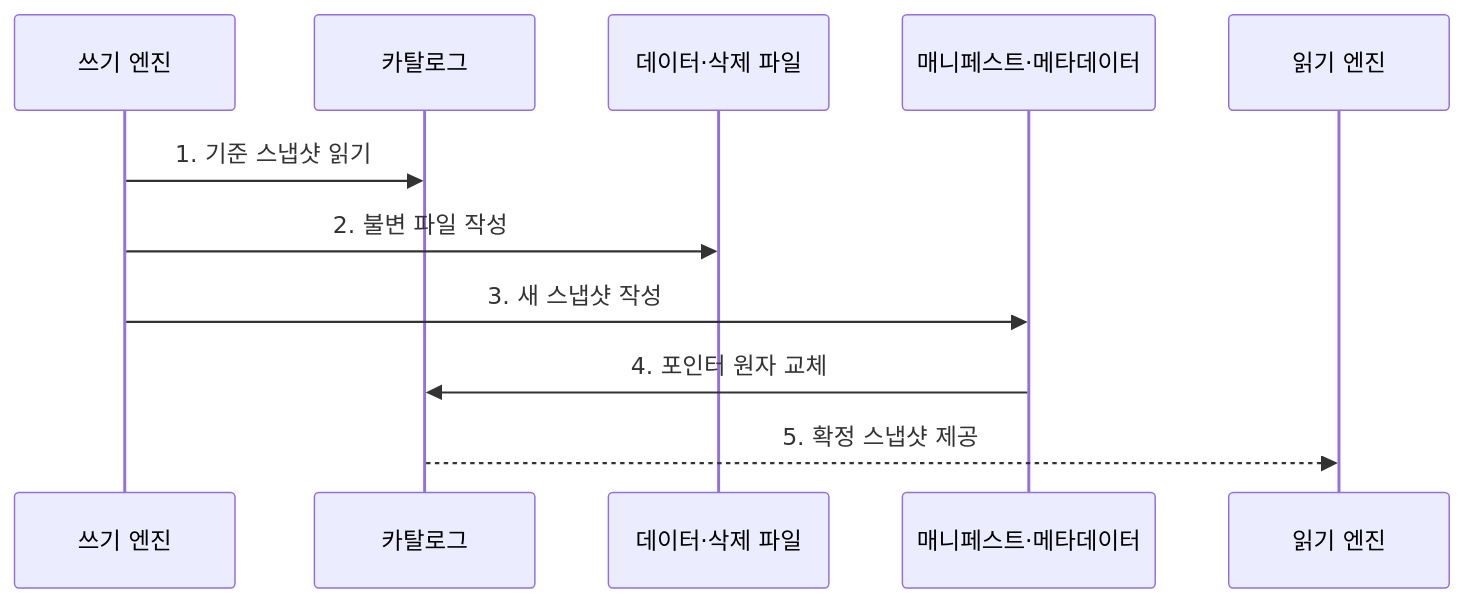
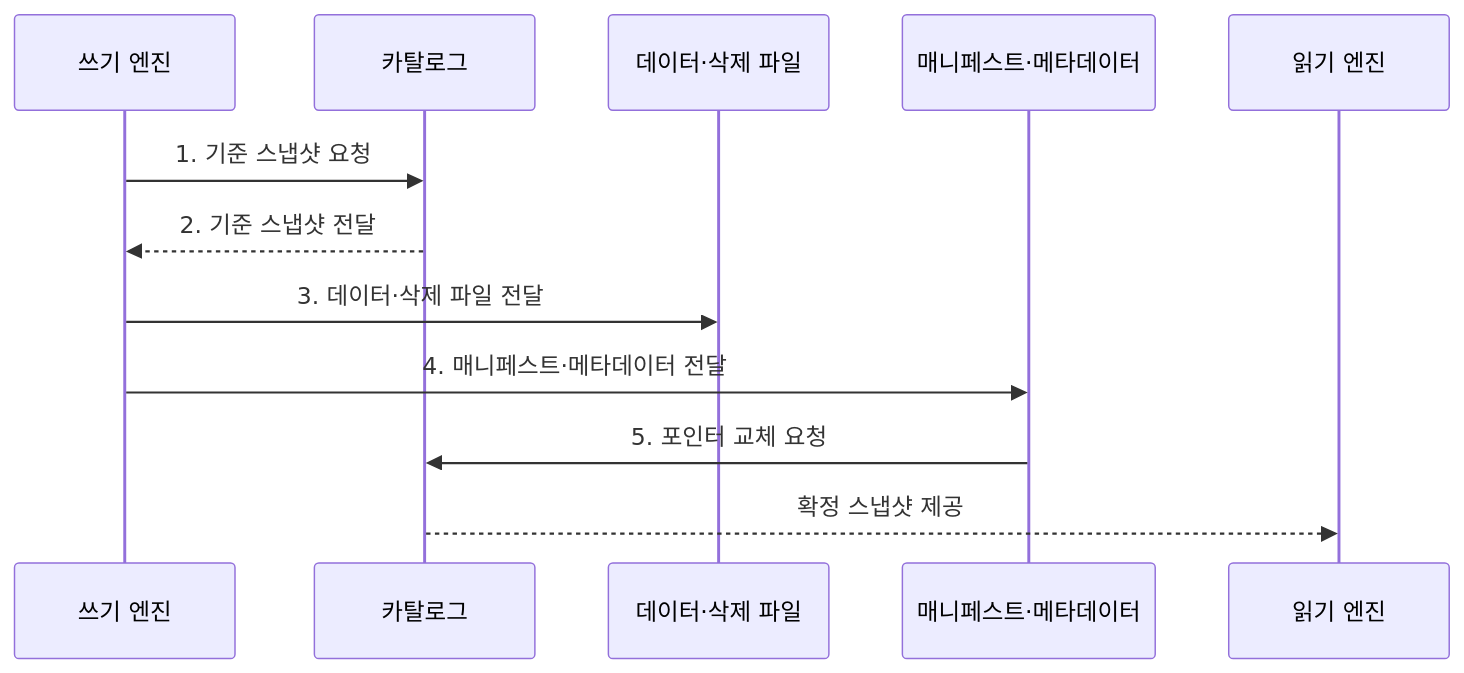
One commit to agnusdei1207/knowledge-base changed the second of 2 diagrams in src/content/docs/notes/08-latest-tech/191_apache_iceberg.md. Above: the diagram before and after it, drawn with Mermaid. The commit also changed other lines of this file and 225 other files, not shown here.

````diff
--- a/src/content/docs/notes/08-latest-tech/191_apache_iceberg.md
+++ b/src/content/docs/notes/08-latest-tech/191_apache_iceberg.md
@@ -75,13 +75,14 @@
 ```mermaid
 sequenceDiagram
   participant W as 쓰기 엔진
   participant C as 카탈로그
   participant F as 데이터·삭제 파일
   participant M as 매니페스트·메타데이터
   participant R as 읽기 엔진
-  W->>C: 1. 기준 스냅샷 읽기
-  W->>F: 2. 불변 파일 작성
-  W->>M: 3. 새 스냅샷 작성
-  M->>C: 4. 포인터 원자 교체
-  C-->>R: 5. 확정 스냅샷 제공
+  W->>C: 1. 기준 스냅샷 요청
+  C-->>W: 2. 기준 스냅샷 전달
+  W->>F: 3. 데이터·삭제 파일 전달
+  W->>M: 4. 매니페스트·메타데이터 전달
+  M->>C: 5. 포인터 교체 요청
+  C-->>R: 확정 스냅샷 제공
 ```
````
